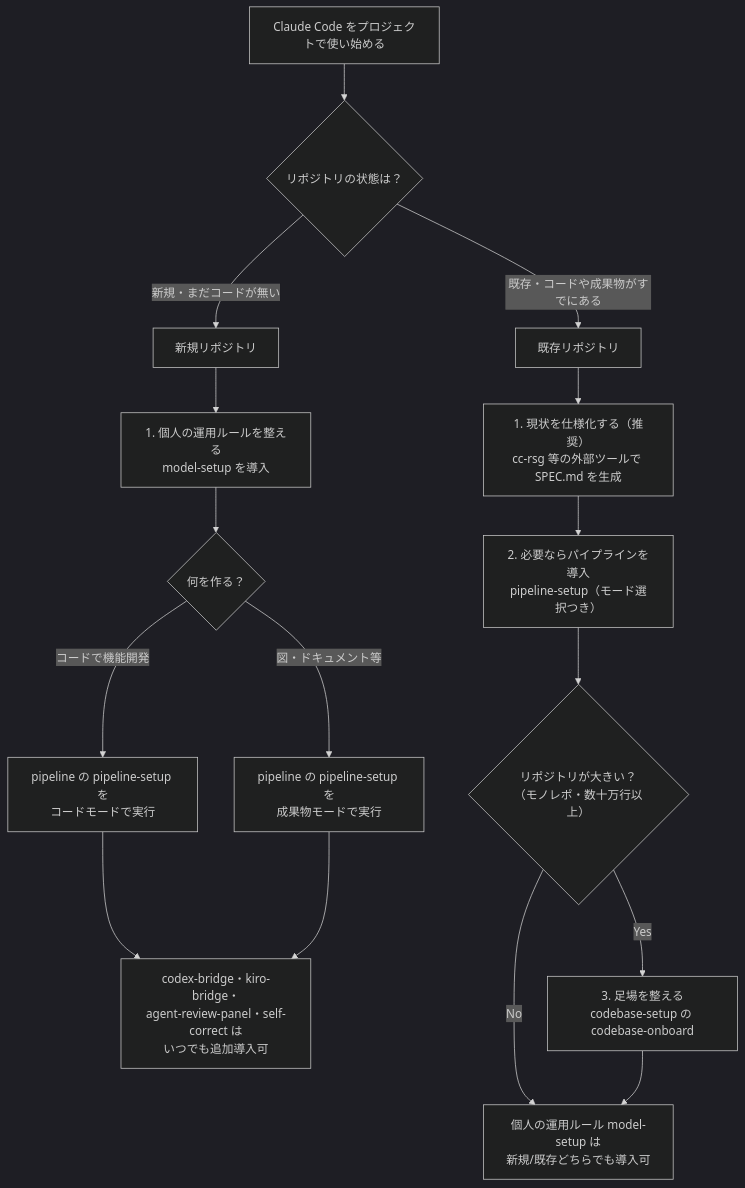
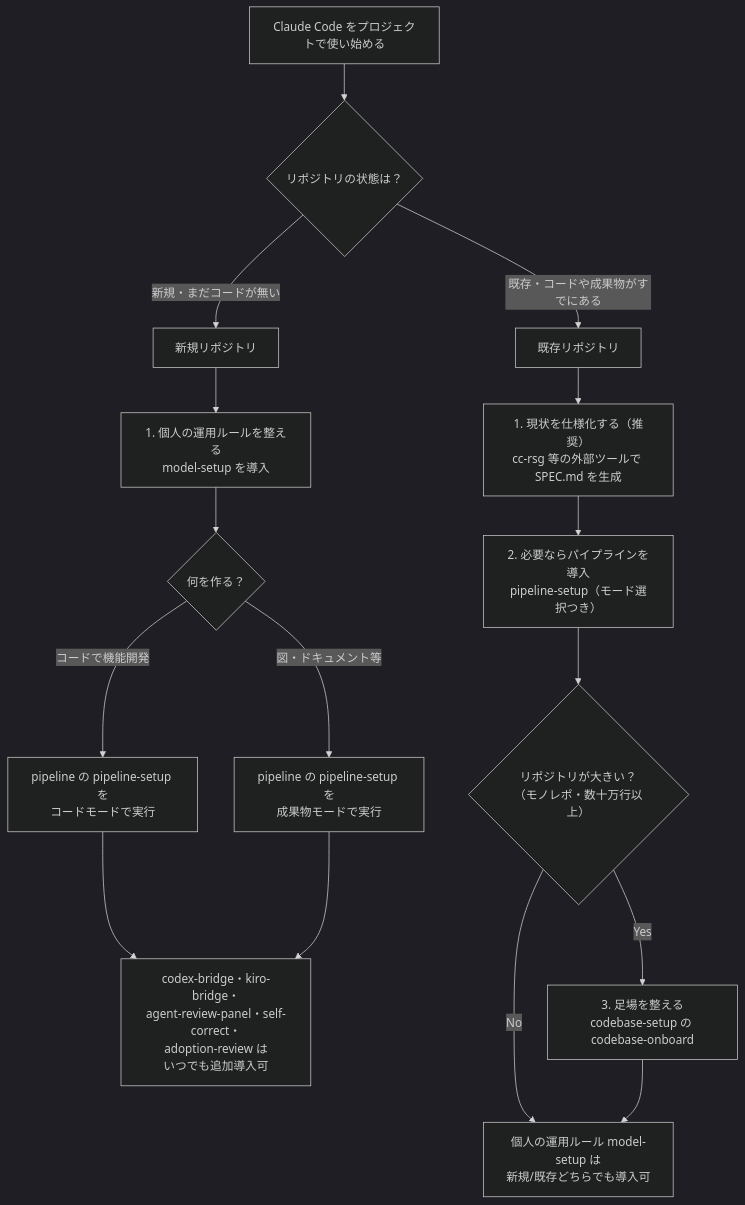
One commit to mrkxlia/claude-code-workbench-ja changed the first of 2 diagrams in README.md. Above: the diagram before and after it, drawn with Mermaid (dark theme). The commit also changed other lines of this file and 13 other files, not shown here.

First line of the commit message:
feat(adoption-review): 外部技術の採用可否を敵対的に判定するプラグインを追加

````diff
--- a/README.md
+++ b/README.md
@@ -9,20 +9,20 @@
 ```mermaid
 flowchart TD
     Start["Claude Code をプロジェクトで使い始める"] --> Q{"リポジトリの状態は？"}
     Q -->|"新規・まだコードが無い"| New["新規リポジトリ"]
     Q -->|"既存・コードや成果物がすでにある"| Existing["既存リポジトリ"]
 
     New --> N1["1. 個人の運用ルールを整える<br/>model-setup を導入"]
     N1 --> N2{"何を作る？"}
     N2 -->|"コードで機能開発"| N3["pipeline の pipeline-setup を<br/>コードモードで実行"]
     N2 -->|"図・ドキュメント等"| N4["pipeline の pipeline-setup を<br/>成果物モードで実行"]
-    N3 --> N6["codex-bridge・kiro-bridge・<br/>agent-review-panel・self-correct は<br/>いつでも追加導入可"]
+    N3 --> N6["codex-bridge・kiro-bridge・<br/>agent-review-panel・self-correct・<br/>adoption-review は<br/>いつでも追加導入可"]
     N4 --> N6
 
     Existing --> E1["1. 現状を仕様化する（推奨）<br/>cc-rsg 等の外部ツールで SPEC.md を生成"]
     E1 --> E2["2. 必要ならパイプラインを導入<br/>pipeline-setup（モード選択つき）"]
     E2 --> E2b{"リポジトリが大きい？<br/>（モノレポ・数十万行以上）"}
     E2b -->|"Yes"| E2c["3. 足場を整える<br/>codebase-setup の codebase-onboard"]
     E2b -->|"No"| E3
     E2c --> E3["個人の運用ルール model-setup は<br/>新規/既存どちらでも導入可"]
 ```
````
